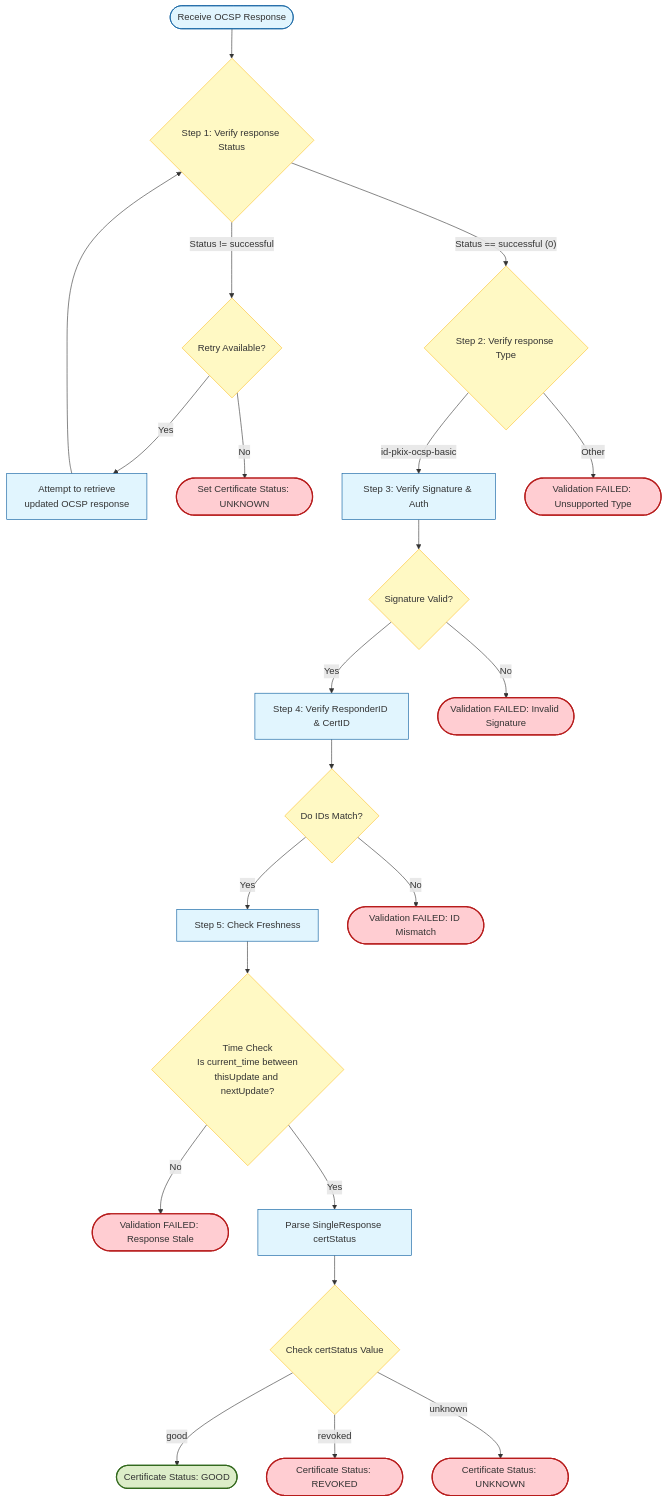
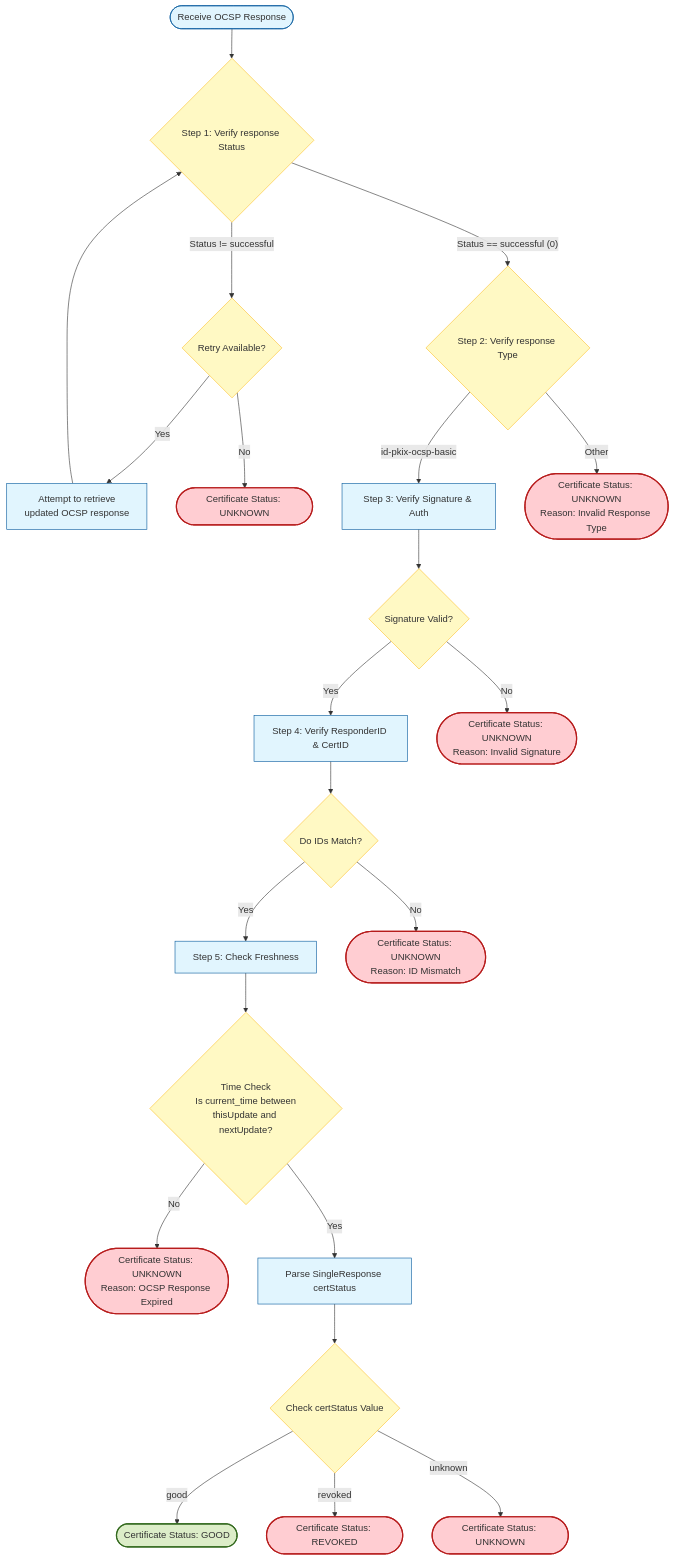
One commit to APTITUDE-Consortium/wp2-trust-specifications changed the fourth of 4 diagrams in topics/authentication-process.md. Above: the diagram before and after it, drawn with Mermaid. The commit also changed other lines of this file, not shown here.

Commit message:
fix: crl-ocsp-unknown-status

````diff
--- a/topics/authentication-process.md
+++ b/topics/authentication-process.md
@@ -261,51 +262,51 @@
 ```mermaid
 graph TD
     Start([Receive OCSP Response]) --> Step1{Step 1: Verify response Status}
 
     %% Step 1: Status Verification & Retry Logic
     Step1 -- "Status == successful (0)" --> Step2{"Step 2: Verify response Type"}
     Step1 -- "Status != successful" --> Retry{Retry Available?}
     
     Retry -- Yes --> FetchNew[Attempt to retrieve<br/>updated OCSP response]
     FetchNew --> Step1
-    Retry -- No --> StatusUnknown([Set Certificate Status: UNKNOWN])
+    Retry -- No --> StatusUnknown([Certificate Status: UNKNOWN])
 
     %% Step 2: Response Type
     Step2 -- "id-pkix-ocsp-basic" --> Step3["Step 3: Verify Signature & Auth"]
-    Step2 -- Other --> Invalid([Validation FAILED: Unsupported Type])
+    Step2 -- Other --> Invalid([Certificate Status: UNKNOWN<br/>Reason: Invalid Response Type])
 
     %% Step 3: Signature Verification
     Step3 --> CheckSig{Signature Valid?}
     
     CheckSig -- Yes --> Step4["Step 4: Verify ResponderID & CertID"]
-    CheckSig -- No --> InvalidSig([Validation FAILED: Invalid Signature])
+    CheckSig -- No --> InvalidSig([Certificate Status: UNKNOWN<br/>Reason: Invalid Signature])
     
     %% Step 4: ID Matching
     Step4 --> CheckIDs{Do IDs Match?}
     
     CheckIDs -- Yes --> Step5["Step 5: Check Freshness"]
-    CheckIDs -- No --> InvalidIDs([Validation FAILED: ID Mismatch])
+    CheckIDs -- No --> InvalidIDs([Certificate Status: UNKNOWN<br/>Reason: ID Mismatch])
 
     %% Step 5: Freshness
     Step5 --> CheckTime{"Time Check<br/>Is current_time between<br/>thisUpdate and nextUpdate?"}
     
-    CheckTime -- No --> Stale([Validation FAILED: Response Stale])
+    CheckTime -- No --> Stale([Certificate Status: UNKNOWN<br/>Reason: OCSP Response Expired])
     CheckTime -- Yes --> ProcessStatus[Parse SingleResponse certStatus]
 
     %% Final Status Mapping
     ProcessStatus --> CheckCertStatus{Check certStatus Value}
     CheckCertStatus -- good --> StatusGood([Certificate Status: GOOD])
     CheckCertStatus -- revoked --> StatusRevoked([Certificate Status: REVOKED])
     CheckCertStatus -- unknown --> StatusUnknownResponse([Certificate Status: UNKNOWN])
 
     %% Styling
     classDef process fill:#e1f5fe,stroke:#01579b,stroke-width:1px;
     classDef decision fill:#fff9c4,stroke:#fbc02d,stroke-width:1px;
     classDef outcome fill:#dcedc8,stroke:#33691e,stroke-width:2px;
     classDef fail fill:#ffcdd2,stroke:#b71c1c,stroke-width:2px;
 
     class Start,FetchNew,Step3,Step4,Step5,ProcessStatus process;
     class Step1,Step2,Retry,CheckSig,CheckIDs,CheckTime,CheckCertStatus decision;
     class StatusGood outcome;
     class Invalid,InvalidSig,InvalidIDs,Stale,StatusRevoked,StatusUnknown,StatusUnknownResponse fail;
 ```
````
